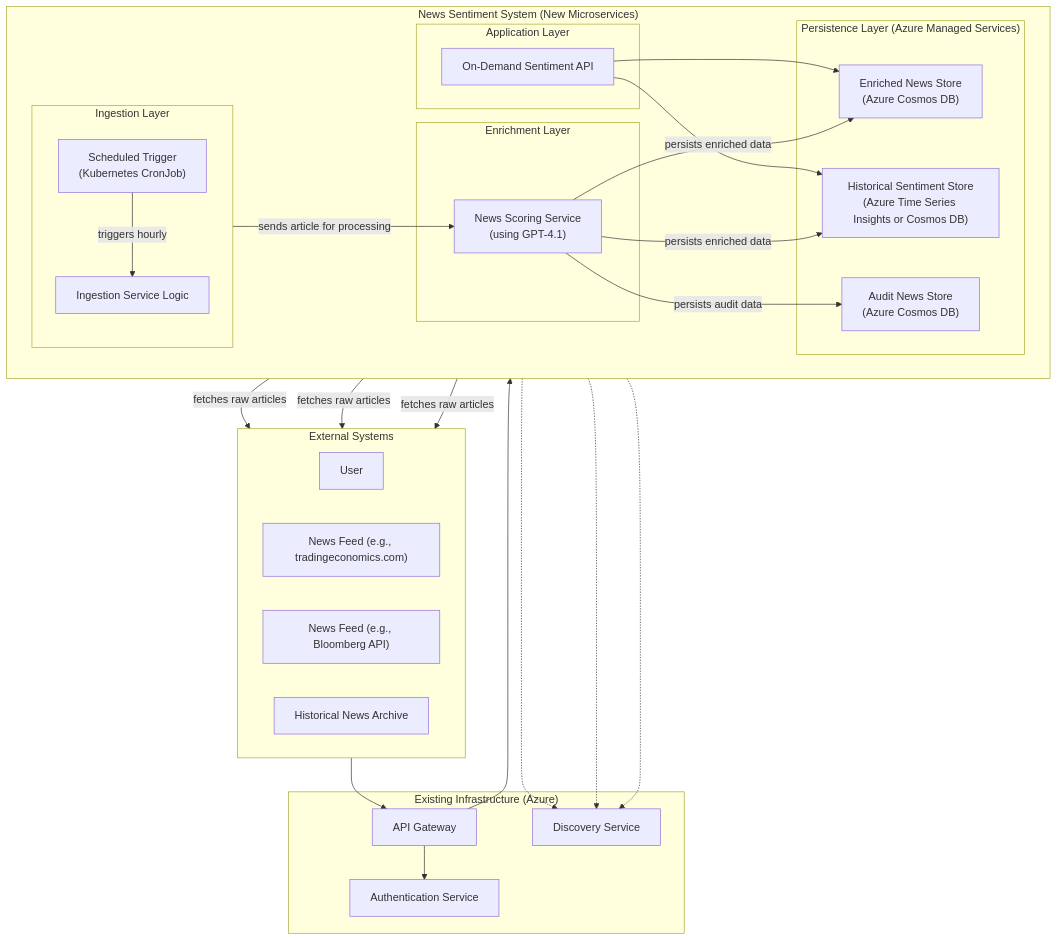
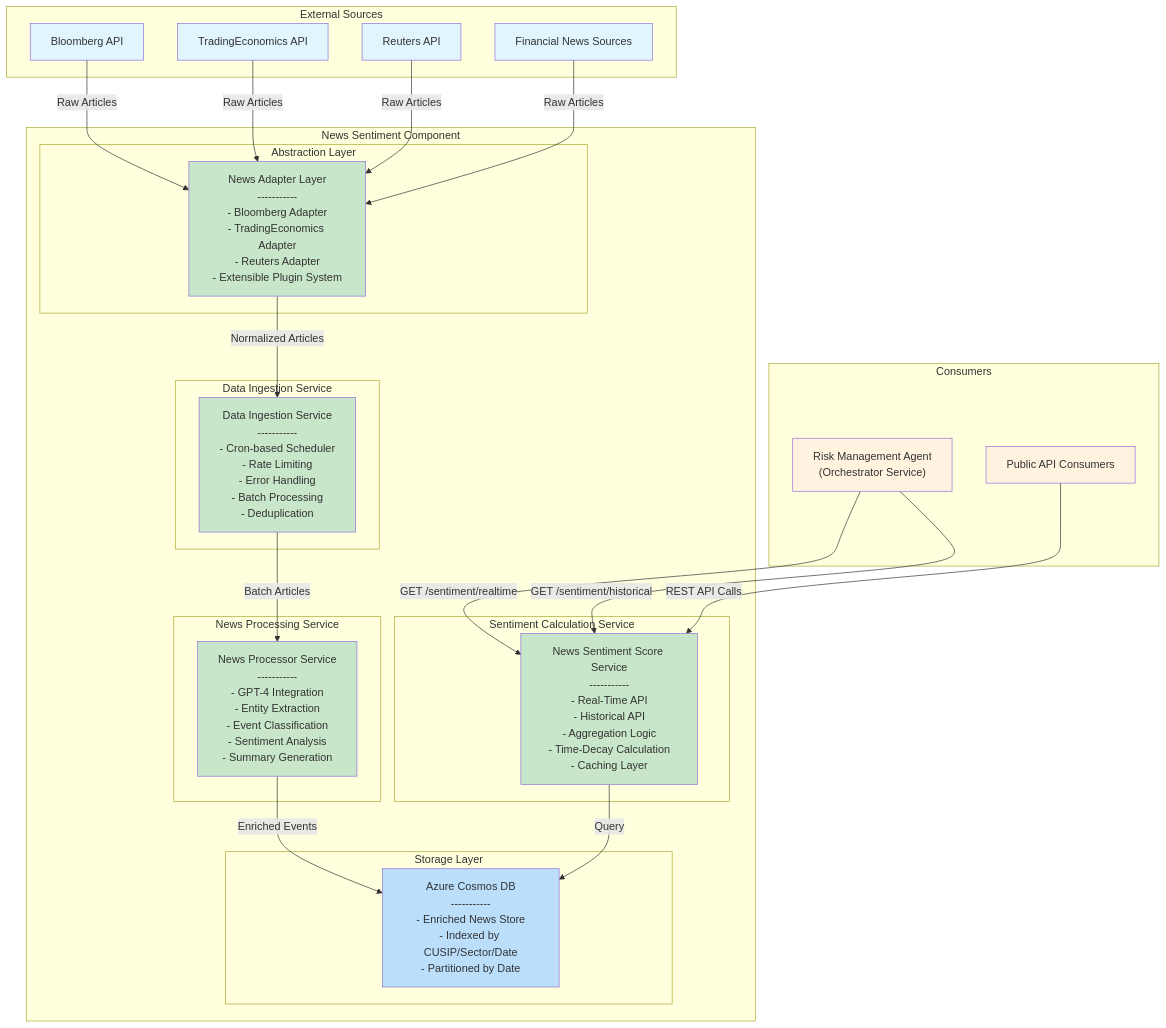
Before and after one commit to vladavilov/playground: the first of 9 diagrams in risk-analytics-agent/ai_docs/1_architecture/NewsSentimentService_SystemArchitecture.md, drawn with Mermaid. The commit also changed other lines of this file and 8 other files, not shown here.

````diff
--- a/risk-analytics-agent/ai_docs/1_architecture/NewsSentimentService_SystemArchitecture.md
+++ b/risk-analytics-agent/ai_docs/1_architecture/NewsSentimentService_SystemArchitecture.md
@@ -11,61 +37,63 @@
 ```mermaid
-graph TD
-    subgraph "External Systems"
-        direction LR
-        User
-        NewsFeed1["News Feed (e.g., tradingeconomics.com)"]
-        NewsFeed2["News Feed (e.g., Bloomberg API)"]
-        Archive["Historical News Archive"]
+graph TB
+    subgraph "External Sources"
+        Bloomberg["Bloomberg API"]
+        TE["TradingEconomics API"]
+        Reuters["Reuters API"]
+        FNS["Financial News Sources"]
     end
 
-    subgraph "Existing Infrastructure (Azure)"
-        API_Gateway["API Gateway"]
-        Discovery["Discovery Service"]
-        Auth["Authentication Service"]
-    end
-    
-    subgraph "News Sentiment System (New Microservices)"
-        direction LR
-        subgraph "Ingestion Layer"
-            direction TB
-            Scheduler["Scheduled Trigger<br/>(Kubernetes CronJob)"]
-            IngestionService["Ingestion Service Logic"]
-        end
-        
-        subgraph "Enrichment Layer"
-            ScoringService["News Scoring Service<br/>(using GPT-4.1)"]
+    subgraph "News Sentiment Component"
+        subgraph "Abstraction Layer"
+            NAL["News Adapter Layer<br/>-----------<br/>- Bloomberg Adapter<br/>- TradingEconomics Adapter<br/>- Reuters Adapter<br/>- Extensible Plugin System"]
         end
 
-        subgraph "Persistence Layer (Azure Managed Services)"
-            EnrichedStore["Enriched News Store<br/>(Azure Cosmos DB)"]
-            HistoricalStore["Historical Sentiment Store<br/>(Azure Time Series Insights or Cosmos DB)"]
-            AuditStore["Audit News Store<br/>(Azure Cosmos DB)"]
+        subgraph "Data Ingestion Service"
+            DIS["Data Ingestion Service<br/>-----------<br/>- Cron-based Scheduler<br/>- Rate Limiting<br/>- Error Handling<br/>- Batch Processing<br/>- Deduplication"]
         end
-        
-        subgraph "Application Layer"
-            OnDemandAPI["On-Demand Sentiment API"]
+
+        subgraph "News Processing Service"
+            NPS["News Processor Service<br/>-----------<br/>- GPT-4 Integration<br/>- Entity Extraction<br/>- Event Classification<br/>- Sentiment Analysis<br/>- Summary Generation"]
+        end
+
+        subgraph "Storage Layer"
+            CDB["Azure Cosmos DB<br/>-----------<br/>- Enriched News Store<br/>- Indexed by CUSIP/Sector/Date<br/>- Partitioned by Date"]
+        end
+
+        subgraph "Sentiment Calculation Service"
+            SCS["News Sentiment Score Service<br/>-----------<br/>- Real-Time API<br/>- Historical API<br/>- Aggregation Logic<br/>- Time-Decay Calculation<br/>- Caching Layer"]
         end
     end
 
-    %% User Request Flow
-    User --> API_Gateway
-    API_Gateway --> Auth
-    API_Gateway --> OnDemandAPI
-    OnDemandAPI --> EnrichedStore
-    OnDemandAPI --> HistoricalStore
+    subgraph "Consumers"
+        RMA["Risk Management Agent<br/>(Orchestrator Service)"]
+        API["Public API Consumers"]
+    end
+
+    Bloomberg -->|"Raw Articles"| NAL
+    TE -->|"Raw Articles"| NAL
+    Reuters -->|"Raw Articles"| NAL
+    FNS -->|"Raw Articles"| NAL
+
+    NAL -->|"Normalized Articles"| DIS
+    DIS -->|"Batch Articles"| NPS
+    NPS -->|"Enriched Events"| CDB
     
-    %% Data Ingestion Flow
-    Scheduler -- "triggers hourly" --> IngestionService
-    IngestionService -- "fetches raw articles" --> NewsFeed1
-    IngestionService -- "fetches raw articles" --> NewsFeed2
-    IngestionService -- "fetches raw articles" --> Archive
-    IngestionService -- "sends article for processing" --> ScoringService
-    ScoringService -- "persists enriched data" --> EnrichedStore
-    ScoringService -- "persists enriched data" --> HistoricalStore
-    ScoringService -- "persists audit data" --> AuditStore
+    RMA -->|"GET /sentiment/realtime"| SCS
+    RMA -->|"GET /sentiment/historical"| SCS
+    API -->|"REST API Calls"| SCS
+    
+    SCS -->|"Query"| CDB
 
-    %% Service Integration
-    OnDemandAPI -.-> Discovery
-    ScoringService -.-> Discovery
-    IngestionService -.-> Discovery
+    style Bloomberg fill:#e1f5fe
+    style TE fill:#e1f5fe
+    style Reuters fill:#e1f5fe
+    style FNS fill:#e1f5fe
+    style RMA fill:#fff3e0
+    style API fill:#fff3e0
+    style NAL fill:#c8e6c9
+    style DIS fill:#c8e6c9
+    style NPS fill:#c8e6c9
+    style CDB fill:#bbdefb
+    style SCS fill:#c8e6c9
 ```
````
